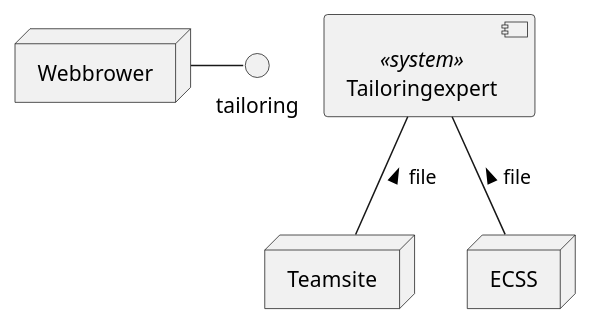
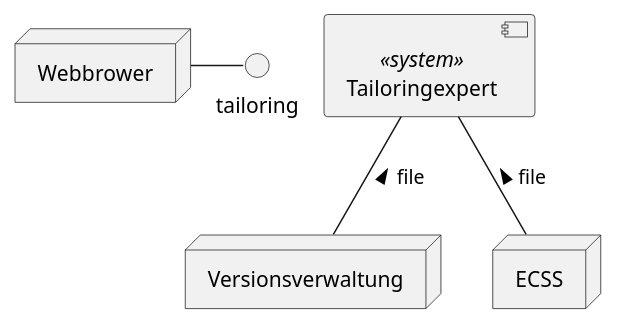
The diagram in src/site/arc42/plantuml/TechnischerKontext.plantuml (tailoringexpert/platform), drawn with PlantUML before and after one commit. The commit also changed 37 other files, not shown here.

```diff
--- a/src/site/arc42/plantuml/TechnischerKontext.plantuml
+++ b/src/site/arc42/plantuml/TechnischerKontext.plantuml
@@ -1,20 +1,20 @@
 @startuml
 
 
 [Tailoringexpert] <<system>> as tailoringexpert
 
-node Teamsite as teamsite {
+node Versionsverwaltung as versionsverwaltung {
 }
-tailoringexpert -- teamsite : file <
+tailoringexpert -- versionsverwaltung : file <
 
 node ECSS as ecss {
 }
 tailoringexpert -- ecss : file <
 
 node Webbrower  as webbrowser {
 }
 webbrowser - tailoring
 
 
 
 @enduml
```
